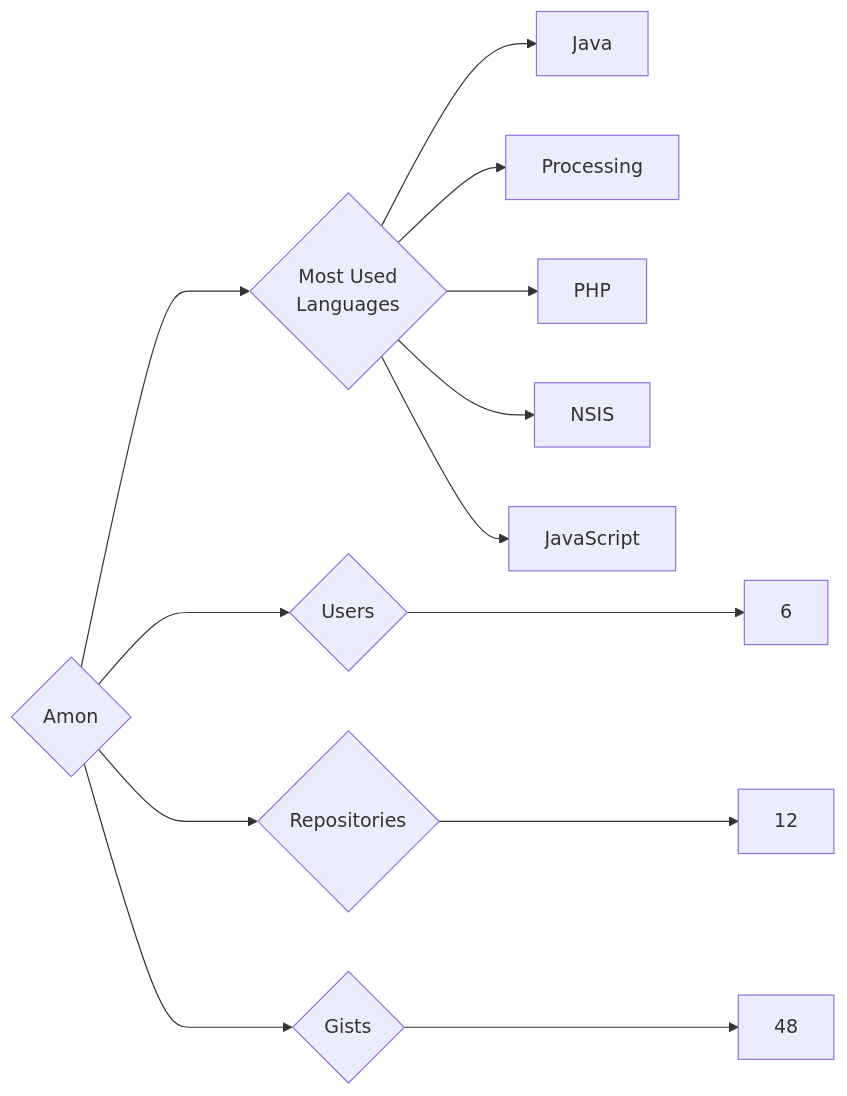
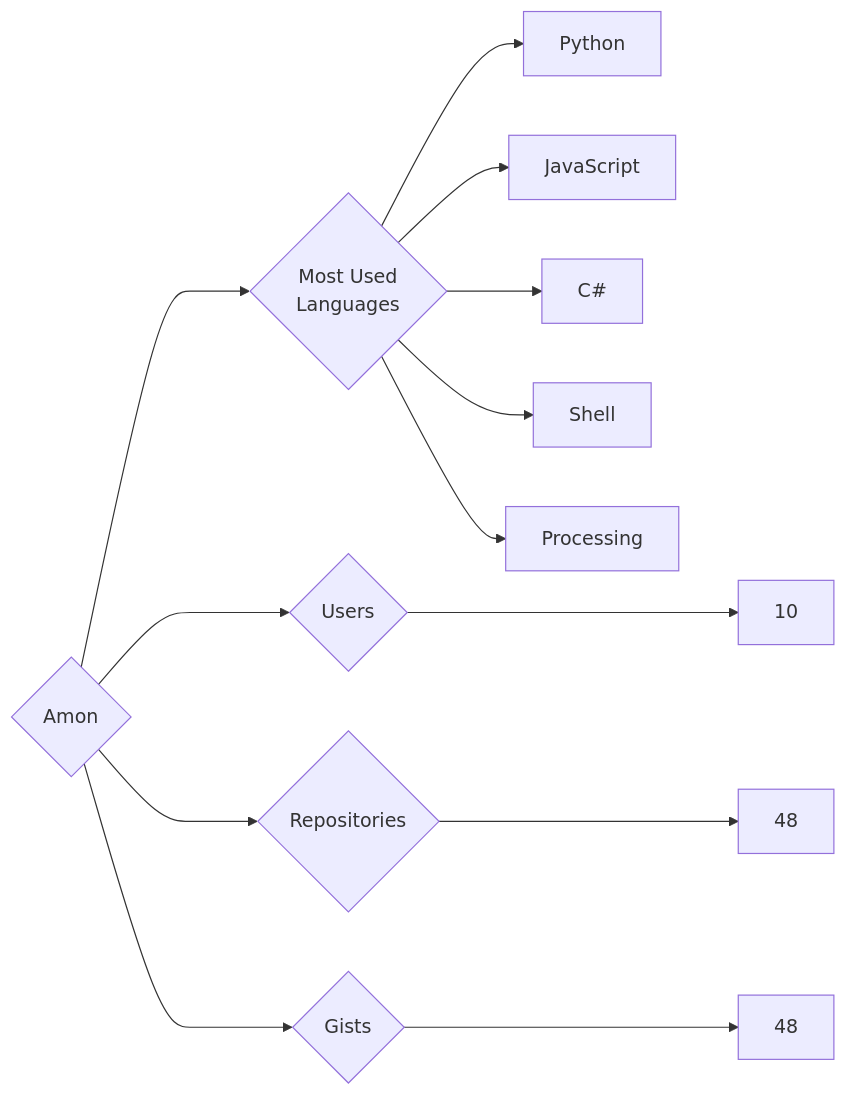
The diagram in targets/Amon/README.md (trickest/insiders), drawn with Mermaid before and after one commit. The commit also changed 970 other files, not shown here.

````diff
--- a/targets/Amon/README.md
+++ b/targets/Amon/README.md
@@ -3,13 +3,13 @@
 ```mermaid
 graph LR
 COMPANY_NAME{Amon}
-COMPANY_NAME ---> U{Users} ---> UN[6]
-COMPANY_NAME ---> R{Repositories} ---> RN[12]
+COMPANY_NAME ---> U{Users} ---> UN[10]
+COMPANY_NAME ---> R{Repositories} ---> RN[48]
 COMPANY_NAME ---> G{Gists} ---> GN[48]
 COMPANY_NAME ---> ML{Most Used<br>Languages}
-ML --> Java[Java]
+ML --> Python[Python]
+ML --> JavaScript[JavaScript]
+ML --> C#[C#]
+ML --> Shell[Shell]
 ML --> Processing[Processing]
-ML --> PHP[PHP]
-ML --> NSIS[NSIS]
-ML --> JavaScript[JavaScript]
 ```
````
